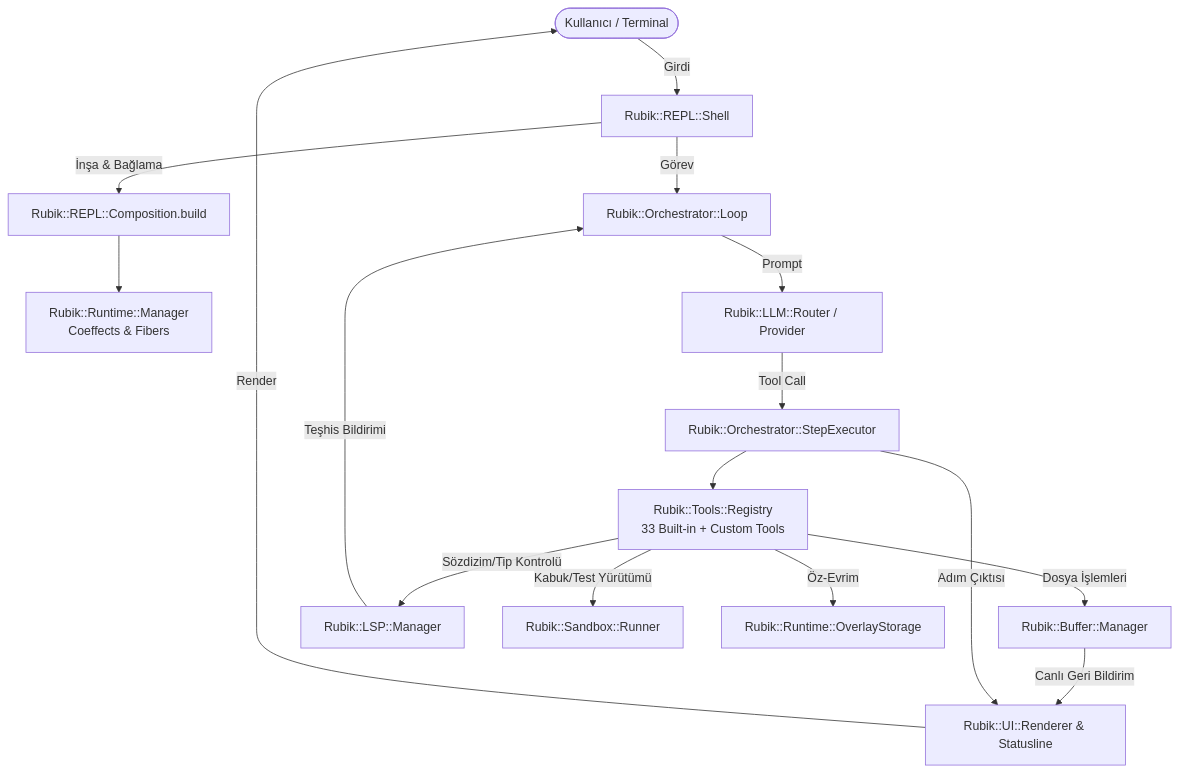
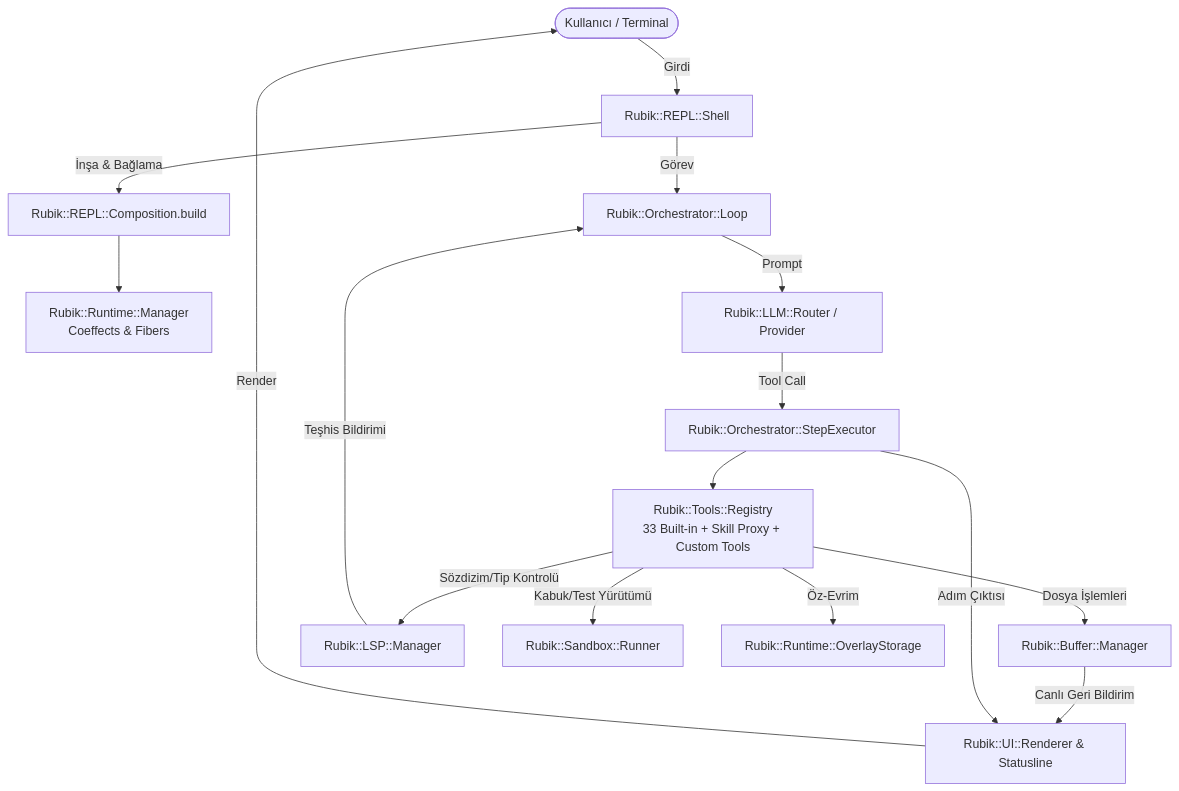
Before and after one commit to ozgurulukir/rubik: the diagram in ARCHITECTURE.md, drawn with Mermaid. The commit also changed other lines of this file and 1 other file, not shown here.

First line of the commit message:
docs(architecture): align with the codebase

````diff
--- a/ARCHITECTURE.md
+++ b/ARCHITECTURE.md
@@ -59,21 +62,21 @@
 ```mermaid
 flowchart TD
     User([Kullanıcı / Terminal]) -->|Girdi| Shell[Rubik::REPL::Shell]
     Shell -->|İnşa & Bağlama| Comp[Rubik::REPL::Composition.build]
     Comp --> RM[Rubik::Runtime::Manager<br/>Coeffects & Fibers]
-    
+
     Shell -->|Görev| Loop[Rubik::Orchestrator::Loop]
     Loop -->|Prompt| LLM[Rubik::LLM::Router / Provider]
     LLM -->|Tool Call| StepExec[Rubik::Orchestrator::StepExecutor]
-    
-    StepExec --> Tools[Rubik::Tools::Registry<br/>33 Built-in + Custom Tools]
+
+    StepExec --> Tools[Rubik::Tools::Registry<br/>33 Built-in + Skill Proxy + Custom Tools]
     Tools -->|Dosya İşlemleri| Buffer[Rubik::Buffer::Manager]
     Tools -->|Sözdizim/Tip Kontrolü| LSP[Rubik::LSP::Manager]
     Tools -->|Kabuk/Test Yürütümü| Sandbox[Rubik::Sandbox::Runner]
     Tools -->|Öz-Evrim| Overlay[Rubik::Runtime::OverlayStorage]
-    
+
     Buffer -->|Canlı Geri Bildirim| UI[Rubik::UI::Renderer & Statusline]
     LSP -->|Teşhis Bildirimi| Loop
     StepExec -->|Adım Çıktısı| UI
     UI -->|Render| User
 ```
````
